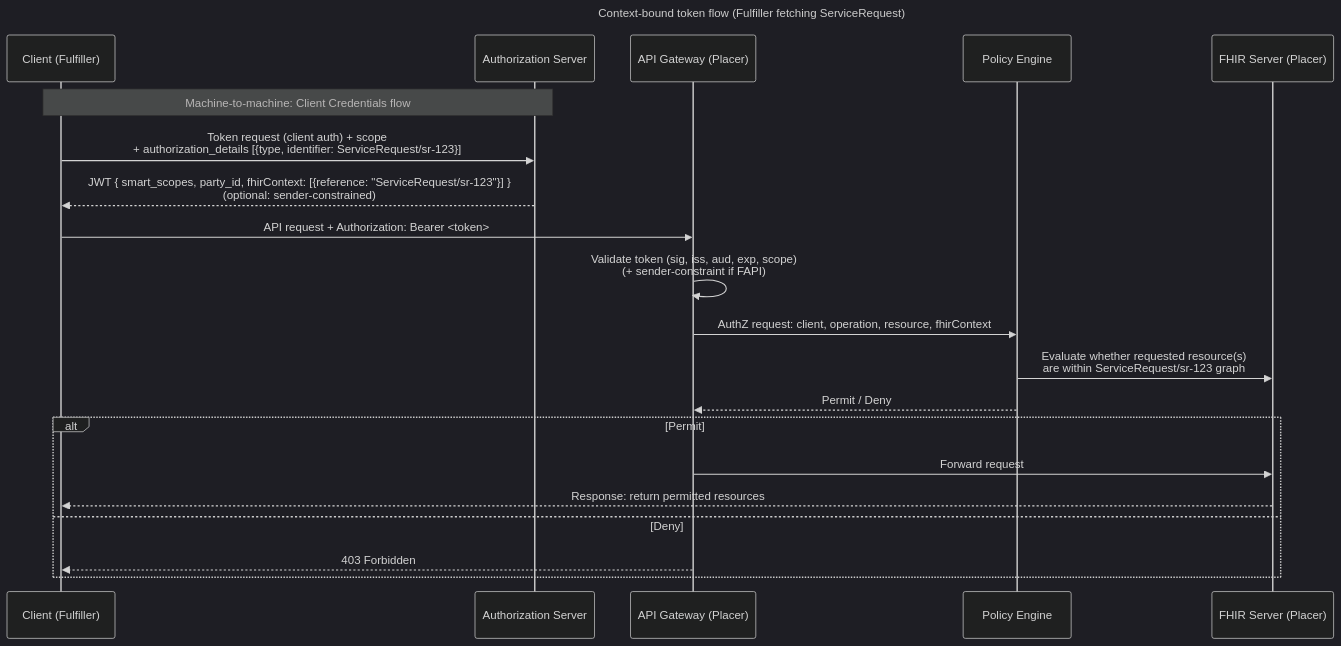
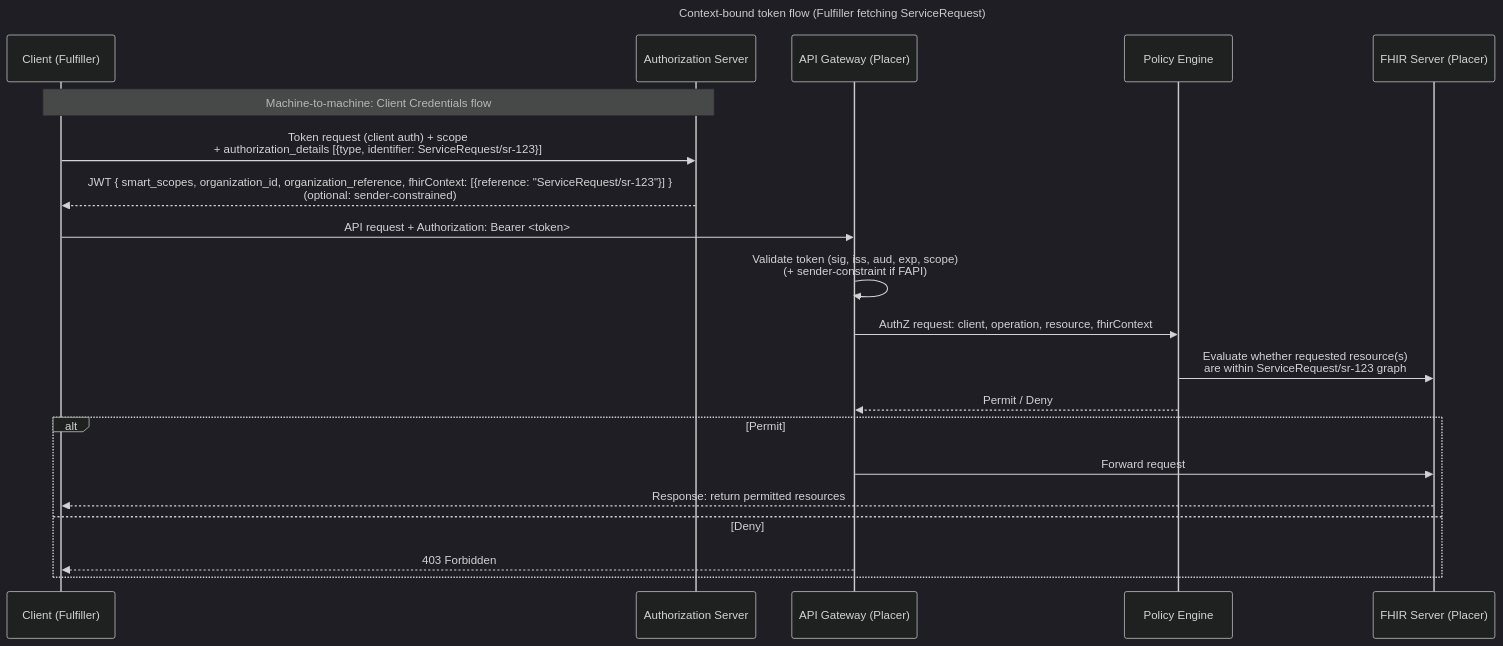
The second of 3 diagrams in input/pagecontent/security.md (umzhconnect/umzhconnect-ig), drawn with Mermaid (dark theme) before and after one commit. The commit also changed other lines of this file and 3 other files, not shown here.

First line of the commit message:
Define organization identity claims in JWT, add GLN to org examples

````diff
--- a/input/pagecontent/security.md
+++ b/input/pagecontent/security.md
@@ -149,26 +157,26 @@
 ```mermaid
 sequenceDiagram
   title Context-bound token flow (Fulfiller fetching ServiceRequest)
 
   participant C as Client (Fulfiller)
   participant AS as Authorization Server
   participant AG as API Gateway (Placer)
   participant PE as Policy Engine
   participant FHIR as FHIR Server (Placer)
 
   Note over C,AS: Machine-to-machine: Client Credentials flow
   C->>AS: Token request (client auth) + scope<br/>+ authorization_details [{type, identifier: ServiceRequest/sr-123}]
-  AS-->>C: JWT { smart_scopes, party_id, fhirContext: [{reference: "ServiceRequest/sr-123"}] }<br/>(optional: sender-constrained)
+  AS-->>C: JWT { smart_scopes, organization_id, organization_reference, fhirContext: [{reference: "ServiceRequest/sr-123"}] }<br/>(optional: sender-constrained)
 
   C->>AG: API request + Authorization: Bearer <token>
   AG->>AG: Validate token (sig, iss, aud, exp, scope)<br/>(+ sender-constraint if FAPI)
   AG->>PE: AuthZ request: client, operation, resource, fhirContext
   PE->>FHIR: Evaluate whether requested resource(s)<br/>are within ServiceRequest/sr-123 graph
   PE-->>AG: Permit / Deny
   alt Permit
     AG->>FHIR: Forward request
     FHIR-->>C: Response: return permitted resources
   else Deny
     AG-->>C: 403 Forbidden
   end
 ```
````
